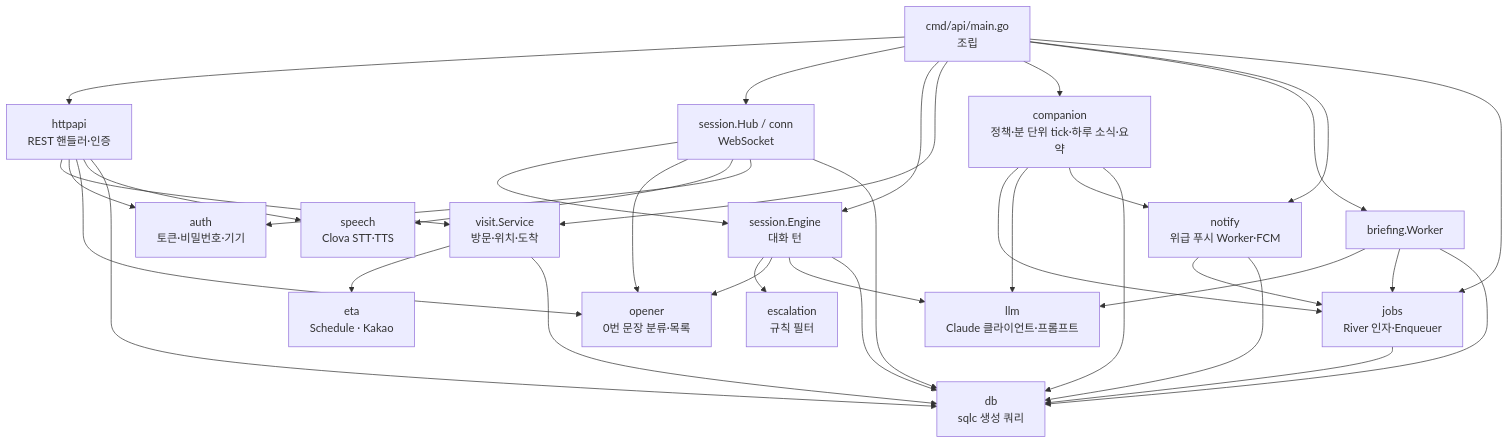
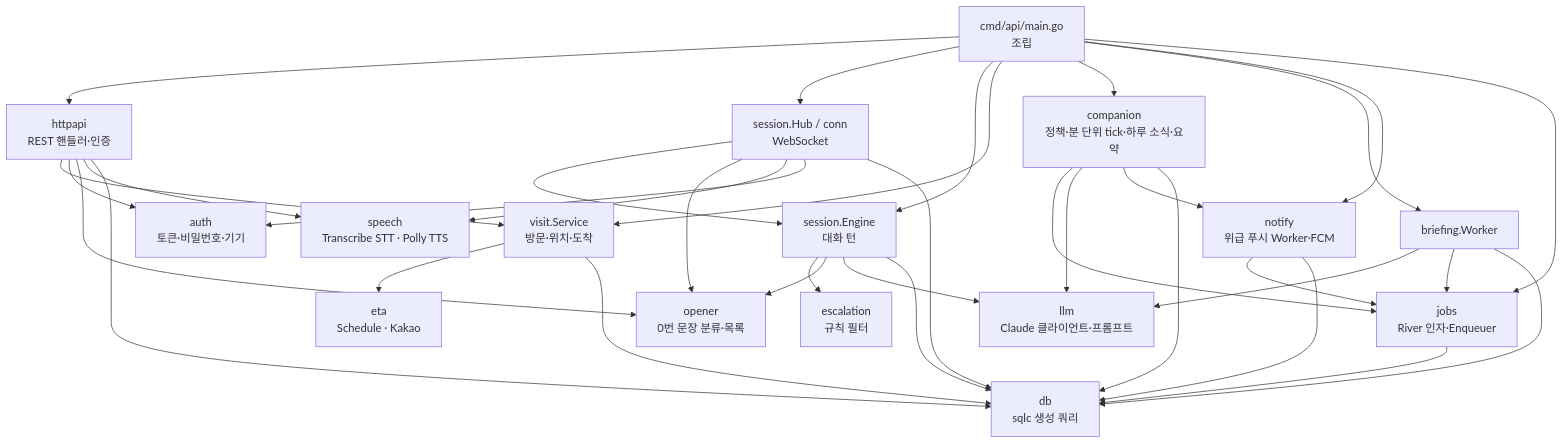
Before and after one commit to kimtaesung98/silvercare: the second of 9 diagrams in notchiwon-bridge/docs/handbook/whitebox.md, drawn with Mermaid. The commit also changed other lines of this file and 28 other files, not shown here.

First line of the commit message:
speech: replace Naver Clova with Amazon Transcribe and Polly

````diff
--- a/notchiwon-bridge/docs/handbook/whitebox.md
+++ b/notchiwon-bridge/docs/handbook/whitebox.md
@@ -47,29 +47,29 @@
 ```mermaid
 flowchart TB
   main["cmd/api/main.go<br/>조립"]
   httpapi["httpapi<br/>REST 핸들러·인증"]
   hub["session.Hub / conn<br/>WebSocket"]
   engine["session.Engine<br/>대화 턴"]
   visit["visit.Service<br/>방문·위치·도착"]
   companion["companion<br/>정책·분 단위 tick·하루 소식·요약"]
   briefing["briefing.Worker"]
   notify["notify<br/>위급 푸시 Worker·FCM"]
   jobs["jobs<br/>River 인자·Enqueuer"]
   escalation["escalation<br/>규칙 필터"]
   opener["opener<br/>0번 문장 분류·목록"]
   llm["llm<br/>Claude 클라이언트·프롬프트"]
-  speech["speech<br/>Clova STT·TTS"]
+  speech["speech<br/>Transcribe STT · Polly TTS"]
   eta["eta<br/>Schedule · Kakao"]
   auth["auth<br/>토큰·비밀번호·기기"]
   db["db<br/>sqlc 생성 쿼리"]
 
   main --> httpapi & hub & engine & visit & companion & briefing & notify & jobs
   httpapi --> visit & auth & opener & speech & db
   hub --> engine & opener & speech & auth & db
   engine --> escalation & opener & llm & db
   visit --> eta & db
   companion --> jobs & llm & notify & db
   briefing --> llm & jobs & db
   notify --> jobs & db
   jobs --> db
 ```
````
